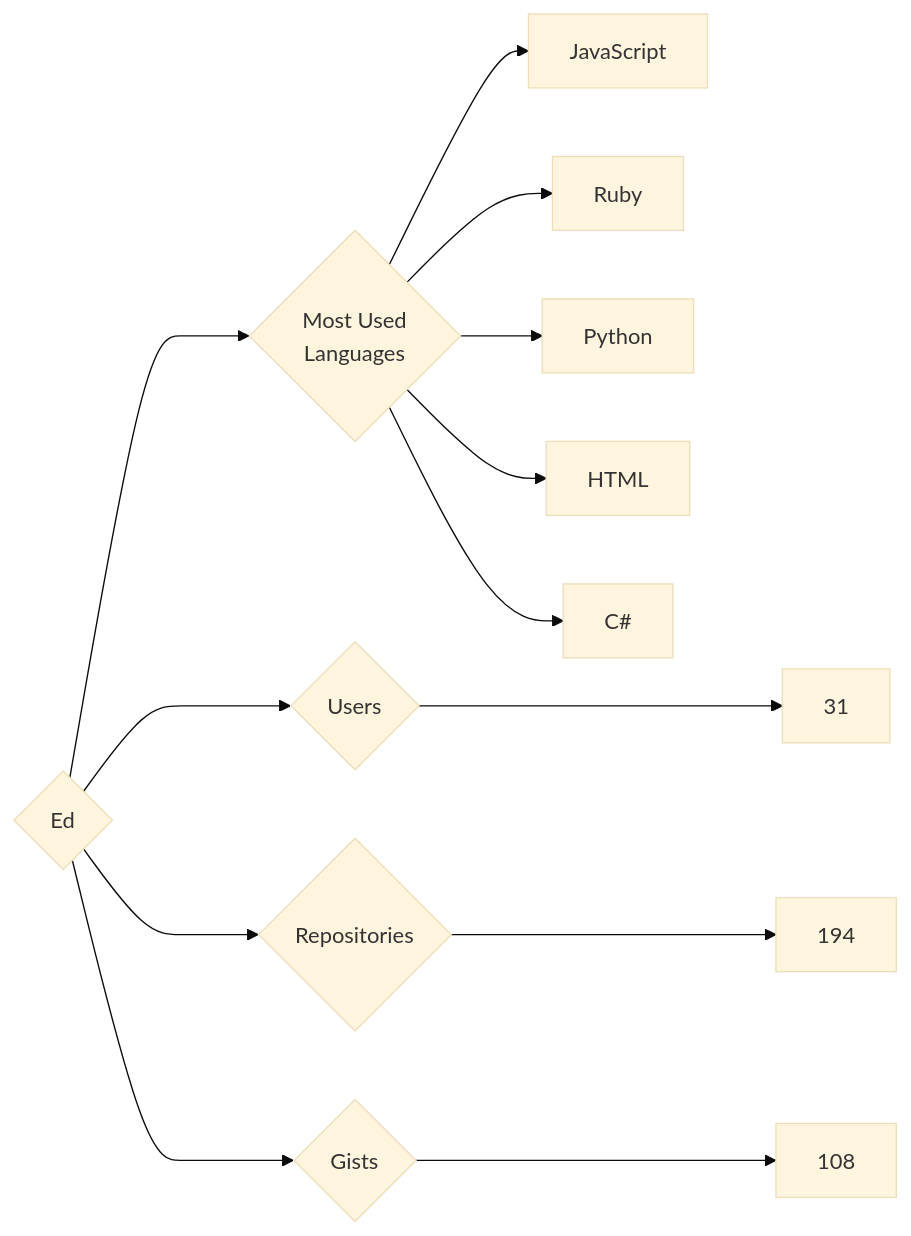
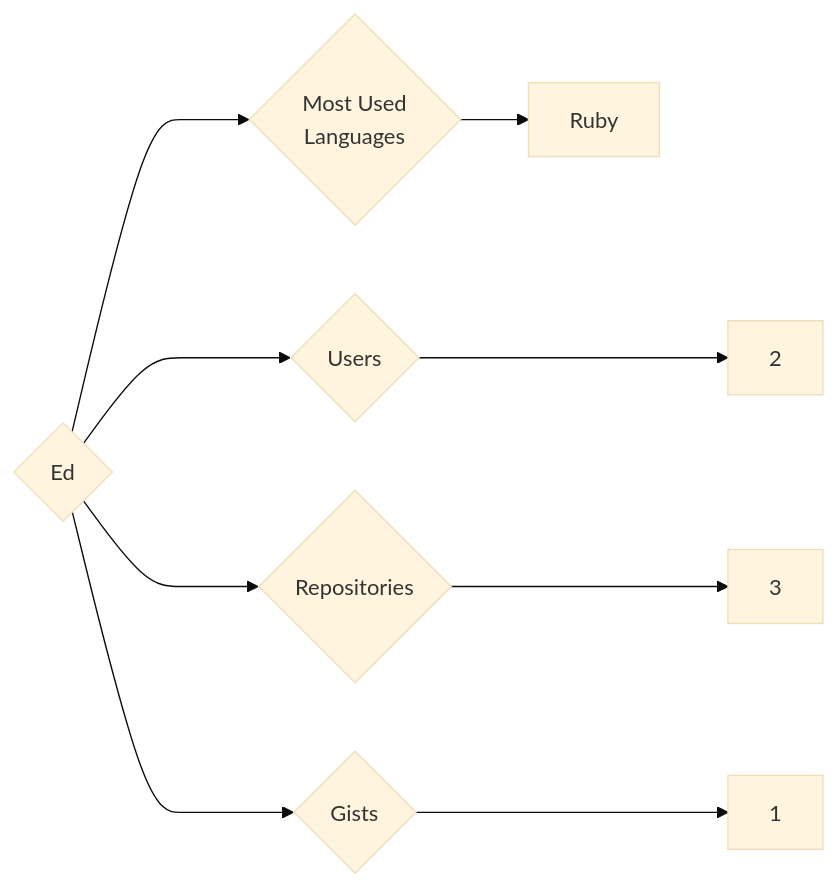
The diagram in targets/Ed/README.md (trickest/insiders), drawn with Mermaid (base theme) before and after one commit. The commit also changed 845 other files, not shown here.

````diff
--- a/targets/Ed/README.md
+++ b/targets/Ed/README.md
@@ -3,13 +3,9 @@
 ```mermaid
 graph LR
 COMPANY_NAME{Ed}
-COMPANY_NAME ---> U{Users} ---> UN[31]
-COMPANY_NAME ---> R{Repositories} ---> RN[194]
-COMPANY_NAME ---> G{Gists} ---> GN[108]
+COMPANY_NAME ---> U{Users} ---> UN[2]
+COMPANY_NAME ---> R{Repositories} ---> RN[3]
+COMPANY_NAME ---> G{Gists} ---> GN[1]
 COMPANY_NAME ---> ML{Most Used<br>Languages}
-ML --> JavaScript[JavaScript]
 ML --> Ruby[Ruby]
-ML --> Python[Python]
-ML --> HTML[HTML]
-ML --> C#[C#]
 ```
````
